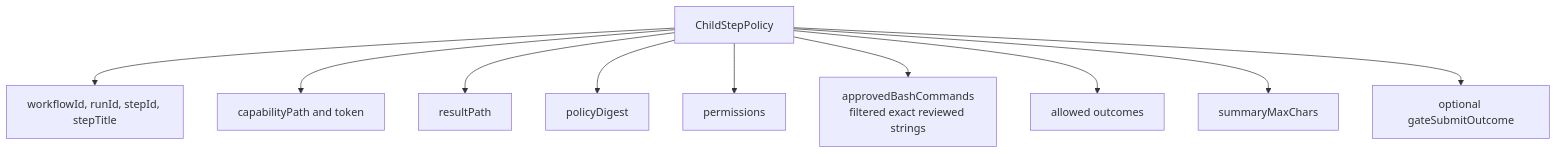
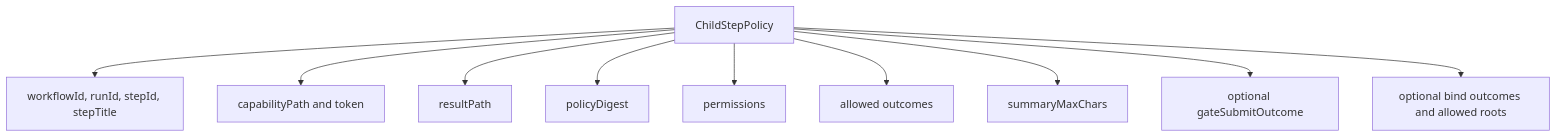
The third of 7 diagrams in openwiki/security/policy-model.md (wichayutdew/pi-workflows), drawn with Mermaid before and after one commit. The commit also changed other lines of this file and 180 other files, not shown here.

````diff
--- a/openwiki/security/policy-model.md
+++ b/openwiki/security/policy-model.md
@@ -47,12 +47,12 @@
 ```mermaid
 flowchart TD
   Policy[ChildStepPolicy] --> Identity[workflowId, runId, stepId, stepTitle]
   Policy --> Capability[capabilityPath and token]
   Policy --> ResultPath[resultPath]
   Policy --> Digest[policyDigest]
   Policy --> Perms[permissions]
-  Policy --> Approved[approvedBashCommands<br/>filtered exact reviewed strings]
   Policy --> Outcomes[allowed outcomes]
   Policy --> Limit[summaryMaxChars]
   Policy --> Gate[optional gateSubmitOutcome]
+  Policy --> Workspace[optional bind outcomes and allowed roots]
 ```
````
